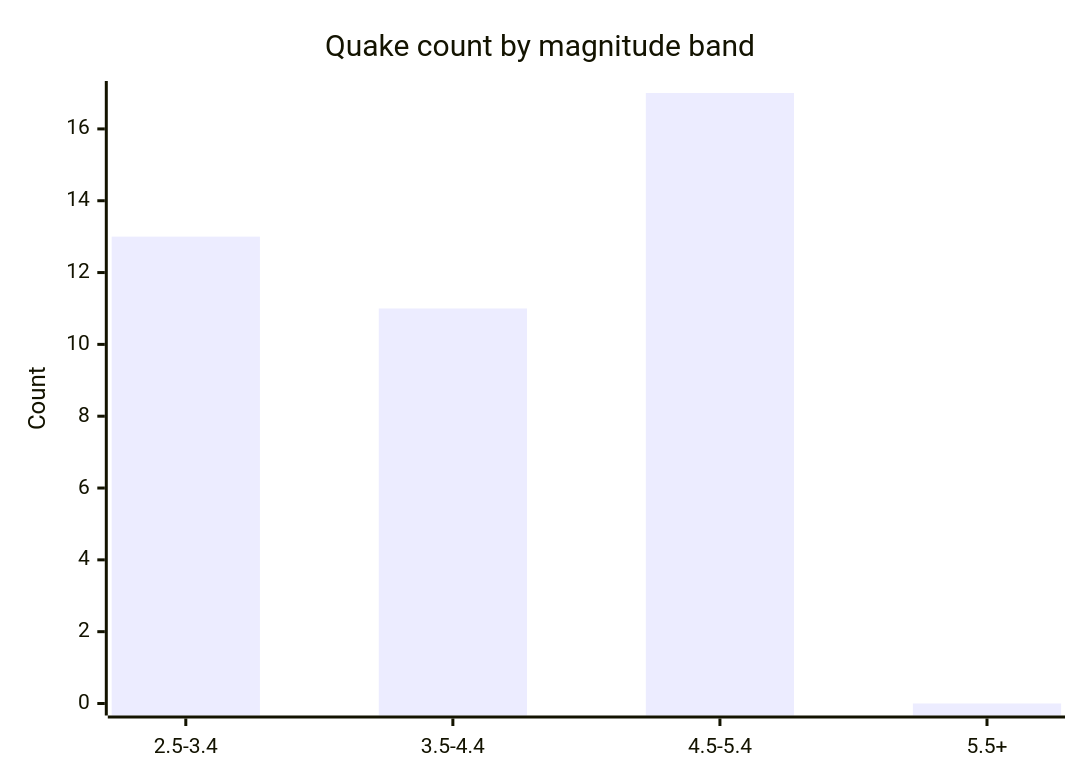
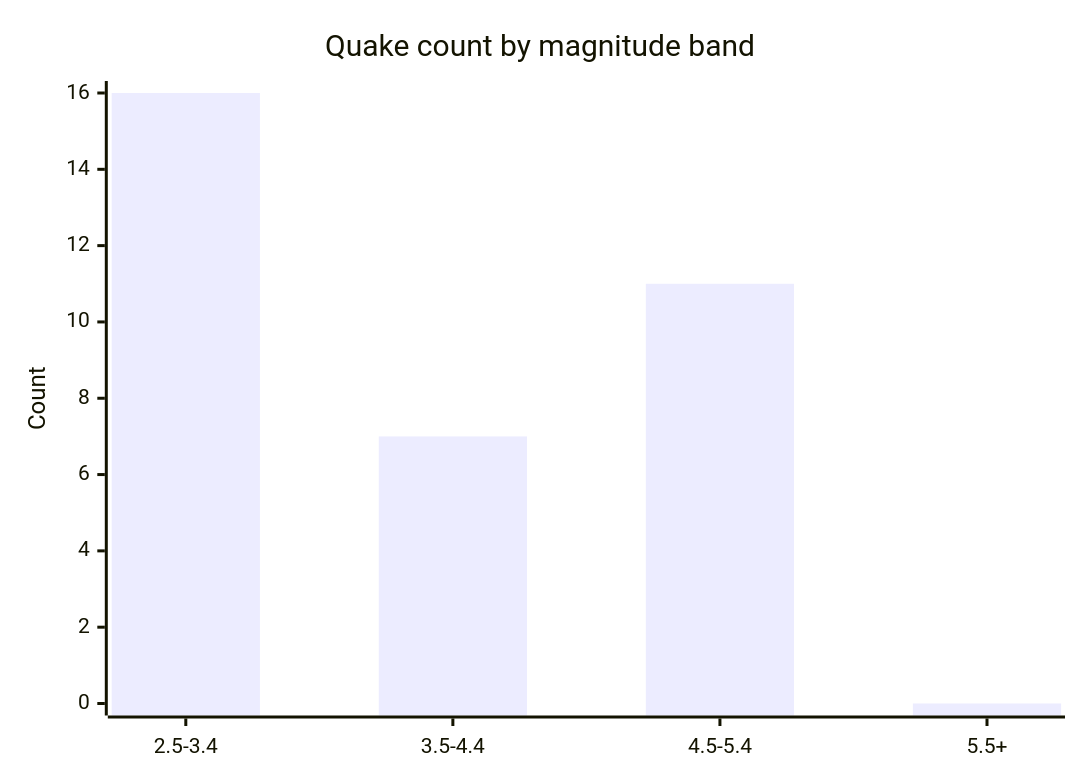
Before and after one commit to Midwest-Stratospheric/aerostratospheric-defense-gir: the fifth of 6 diagrams in docs/GRAPHS.md, drawn with Mermaid. The commit also changed other lines of this file and 24 other files, not shown here.

````diff
--- a/docs/GRAPHS.md
+++ b/docs/GRAPHS.md
@@ -82,7 +82,7 @@
 ```mermaid
 xychart-beta
   title "Quake count by magnitude band"
   x-axis ["2.5-3.4", "3.5-4.4", "4.5-5.4", "5.5+"]
-  y-axis "Count" 0 --> 17
-  bar [13, 11, 17, 0]
+  y-axis "Count" 0 --> 16
+  bar [16, 7, 11, 0]
 ```
````
